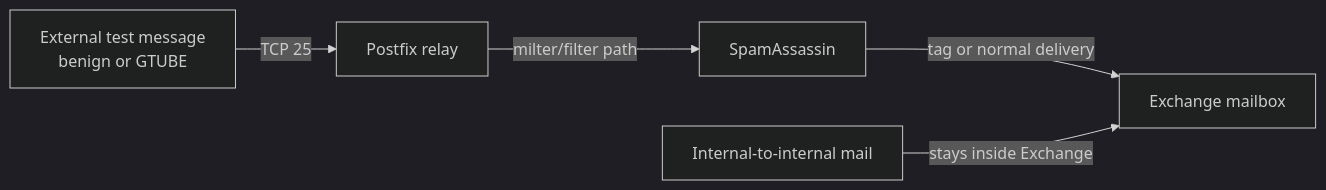
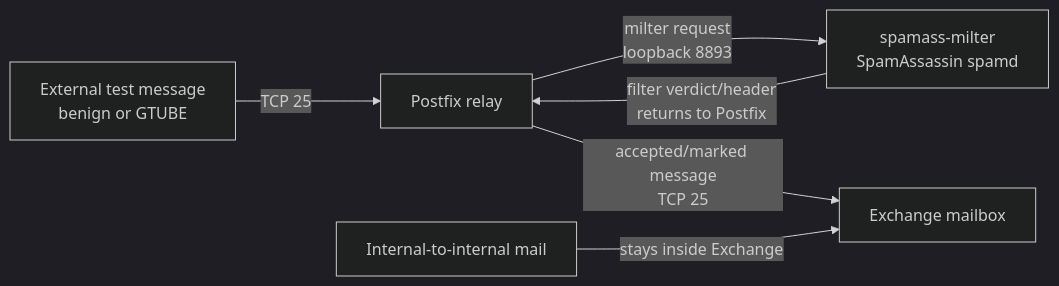
Before and after one commit to RJMoral160/cybersecurity-portfolio: the second of 2 diagrams in projects/enterprise-email-dns-security/diagrams/authentication.md, drawn with Mermaid (dark theme). The commit also changed 62 other files, not shown here.

````diff
--- a/projects/enterprise-email-dns-security/diagrams/authentication.md
+++ b/projects/enterprise-email-dns-security/diagrams/authentication.md
@@ -14,7 +14,8 @@
 ```mermaid
 flowchart LR
   External["External test message<br/>benign or GTUBE"] -->|"TCP 25"| Postfix["Postfix relay"]
-  Postfix -->|"milter/filter path"| SA["SpamAssassin"]
-  SA -->|"tag or normal delivery"| Exchange["Exchange mailbox"]
+  Postfix -->|"milter request<br/>loopback 8893"| SA["spamass-milter<br/>SpamAssassin spamd"]
+  SA -->|"filter verdict/header<br/>returns to Postfix"| Postfix
+  Postfix -->|"accepted/marked message<br/>TCP 25"| Exchange["Exchange mailbox"]
   Internal["Internal-to-internal mail"] -->|"stays inside Exchange"| Exchange
 ```
````
